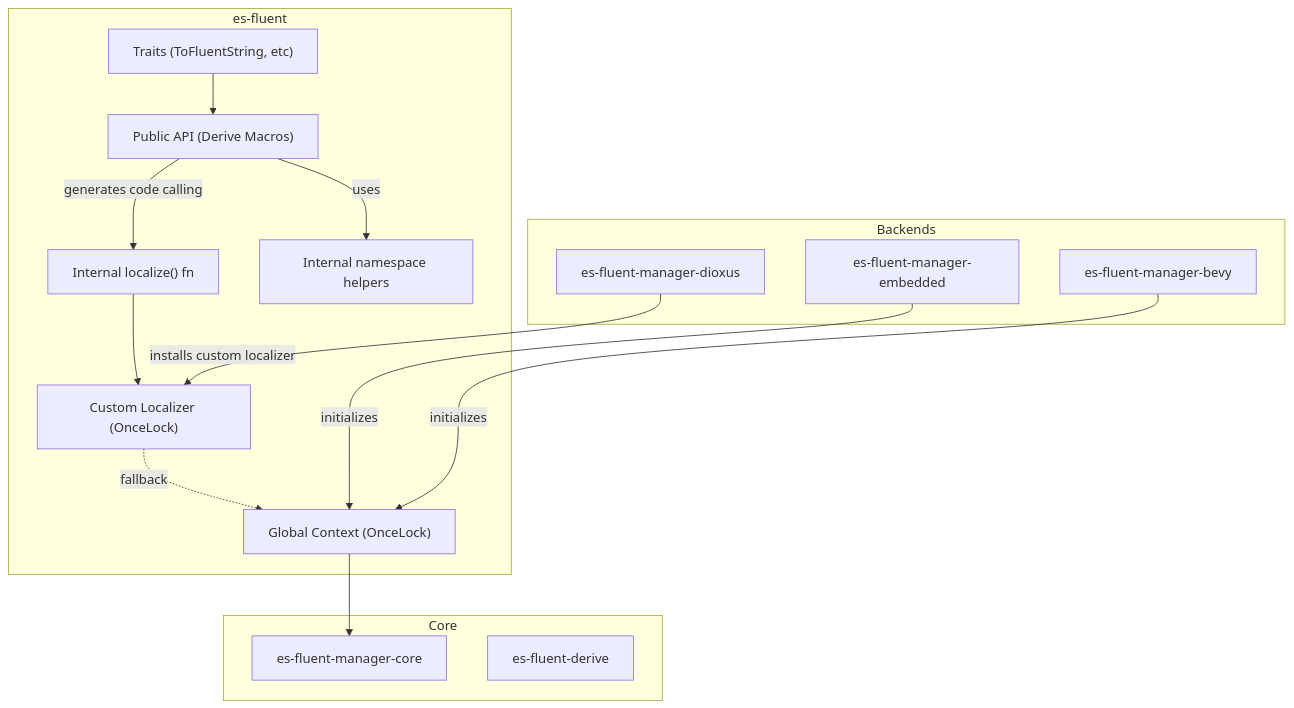
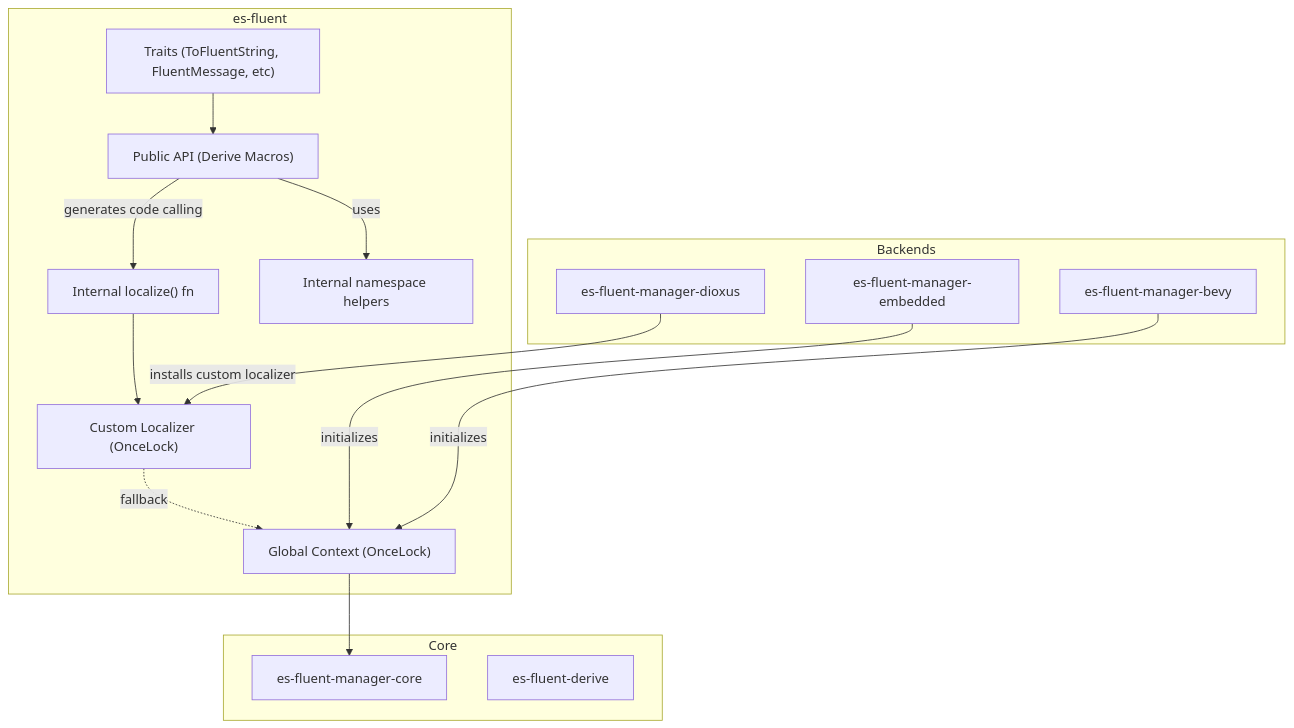
The diagram in crates/es-fluent/docs/ARCHITECTURE.md (stayhydated/es-fluent), drawn with Mermaid before and after one commit. The commit also changed other lines of this file and 56 other files, not shown here.

````diff
--- a/crates/es-fluent/docs/ARCHITECTURE.md
+++ b/crates/es-fluent/docs/ARCHITECTURE.md
@@ -19,32 +19,32 @@
 ```mermaid
 flowchart TD
     subgraph FACADE["es-fluent"]
         API["Public API (Derive Macros)"]
         CTX["Global Context (OnceLock)"]
         CUSTOM["Custom Localizer (OnceLock)"]
-        TRAIT["Traits (ToFluentString, etc)"]
+        TRAIT["Traits (ToFluentString, FluentMessage, etc)"]
         INTERNAL["Internal localize() fn"]
         NS["Internal namespace helpers"]
     end
 
     subgraph BACKEND["Backends"]
         EMBED["es-fluent-manager-embedded"]
         DIOXUS["es-fluent-manager-dioxus"]
         BEVY["es-fluent-manager-bevy"]
     end
 
     subgraph CORE["Core"]
         MGR["es-fluent-manager-core"]
         DERIVE["es-fluent-derive"]
     end
 
     API -->|generates code calling| INTERNAL
     API -->|uses| NS
     INTERNAL --> CUSTOM
     CUSTOM -.->|fallback| CTX
     CTX --> MGR
     EMBED -->|initializes| CTX
     DIOXUS -->|installs custom localizer| CUSTOM
     BEVY -->|initializes| CTX
     TRAIT --> API
 ```
````
